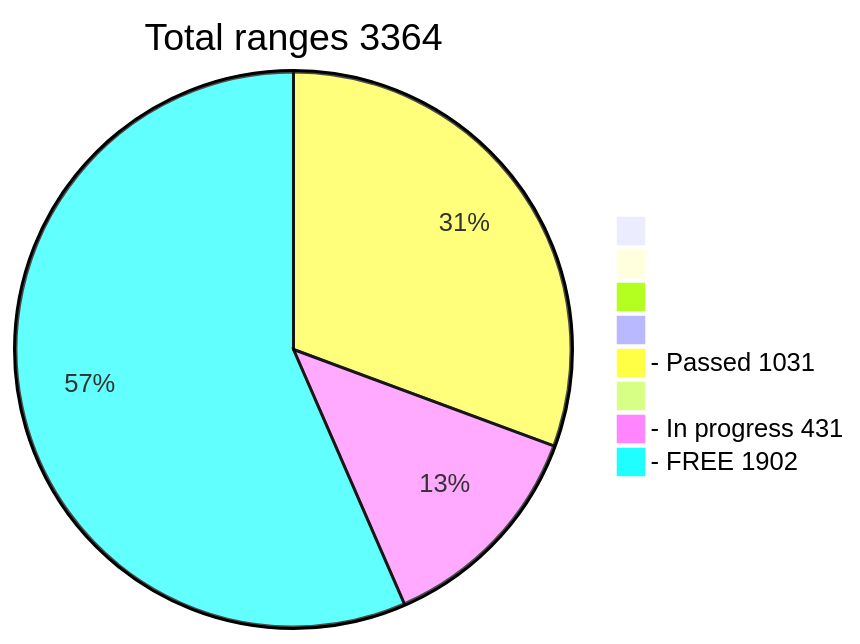
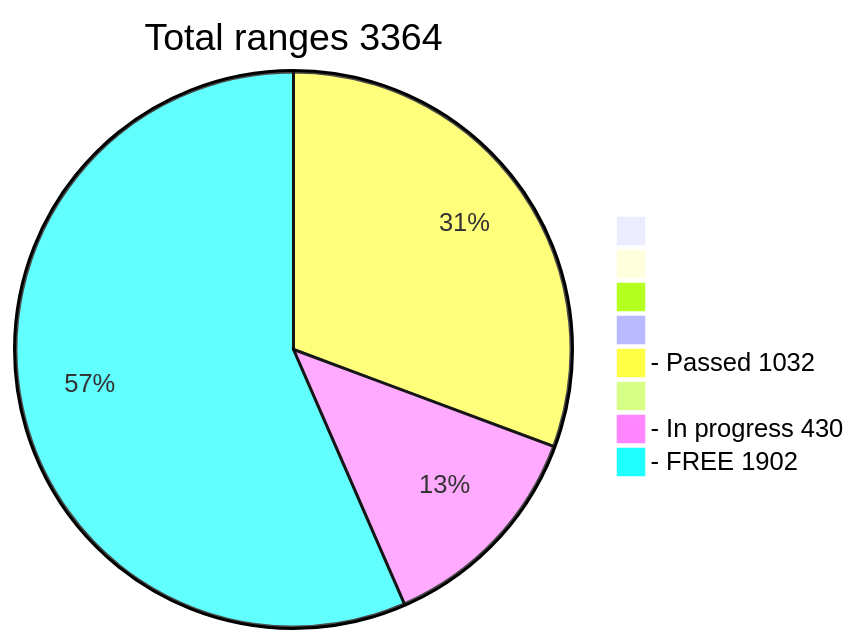
One commit to phrutis/wif500 changed the diagram in README.md. Above: the diagram before and after it, drawn with Mermaid.

````diff
--- a/README.md
+++ b/README.md
@@ -16,12 +16,12 @@
 ```mermaid
 pie title Total ranges 3364
              " " : 0
             "  " : 0
            "   " : 0
           "    " : 0
-  "- Passed 1031" : 1031
+  "- Passed 1032" : 1032
          "     " : 0
-  "- In progress 431" : 431
+  "- In progress 430" : 430
    "- FREE 1902" : 1902
    
 ```
````
